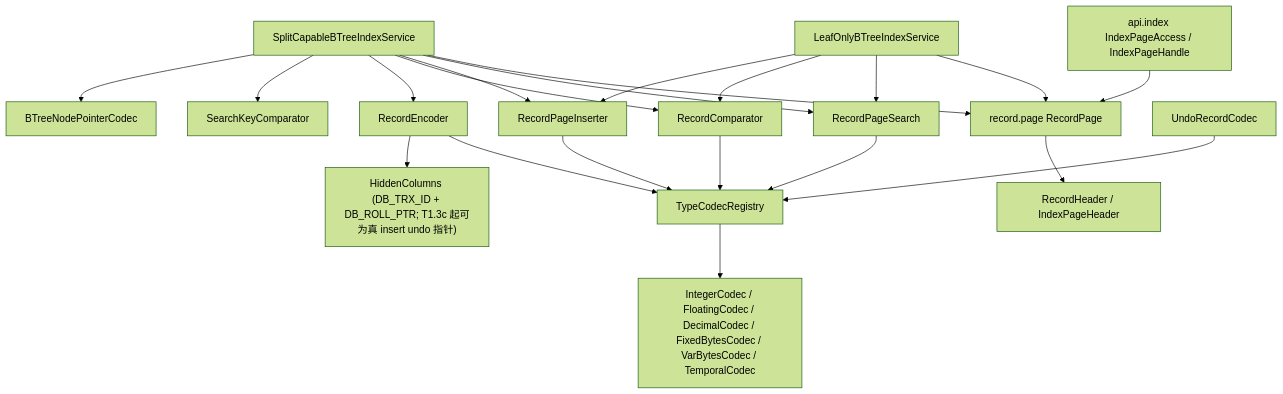
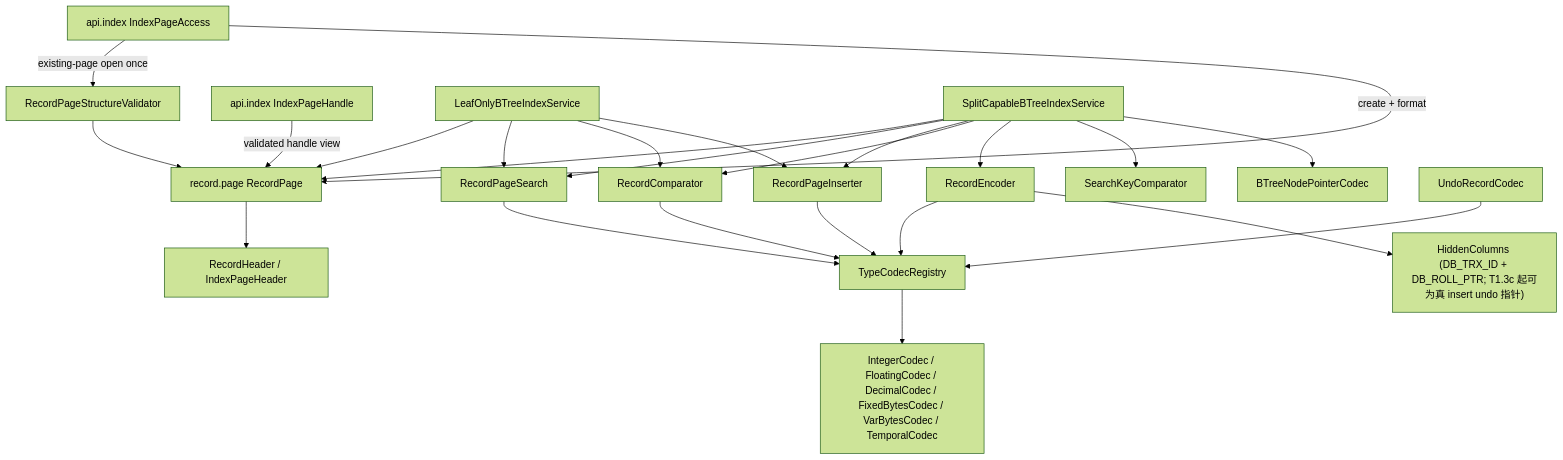
One commit to mywnlb/dbtest changed the third of 9 diagrams in docs/design/current-implementation-map.md. Above: the diagram before and after it, drawn with Mermaid (forest theme). The commit also changed other lines of this file and 5 other files, not shown here.

Commit message:
Validate record page structure on open

````diff
--- a/docs/design/current-implementation-map.md
+++ b/docs/design/current-implementation-map.md
@@ -145,23 +145,26 @@
 ```mermaid
 flowchart TD
-  ApiIndex["api.index IndexPageAccess / IndexPageHandle"] --> RPage["record.page RecordPage"]
+  ApiIndex["api.index IndexPageAccess"] -->|existing-page open once| Validator["RecordPageStructureValidator"]
+  Validator --> RPage["record.page RecordPage"]
+  ApiIndex -->|create + format| RPage
+  Handle["api.index IndexPageHandle"] -->|validated handle view| RPage
   BTreeLeaf["LeafOnlyBTreeIndexService"] --> RPage
   BTreeSplit["SplitCapableBTreeIndexService"] --> RPage
   BTreeLeaf --> RSearch["RecordPageSearch"]
   BTreeLeaf --> RComparator["RecordComparator"]
   BTreeLeaf --> RInserter["RecordPageInserter"]
   BTreeSplit --> RSearch
   BTreeSplit --> RInserter
   BTreeSplit --> RComparator
   BTreeSplit --> REncoder["RecordEncoder"]
   BTreeSplit --> KeyCmp["SearchKeyComparator"]
   BTreeSplit --> PtrCodec["BTreeNodePointerCodec"]
   UndoCodec["UndoRecordCodec"] --> Registry["TypeCodecRegistry"]
   RSearch --> Registry
   RComparator --> Registry
   RInserter --> Registry
   REncoder --> Registry
   Registry --> Codecs["IntegerCodec / FloatingCodec / DecimalCodec / FixedBytesCodec / VarBytesCodec / TemporalCodec"]
   RPage --> RHeader["RecordHeader / IndexPageHeader"]
   REncoder --> Hidden["HiddenColumns (DB_TRX_ID + DB_ROLL_PTR; T1.3c 起可为真 insert undo 指针)"]
 ```
````
